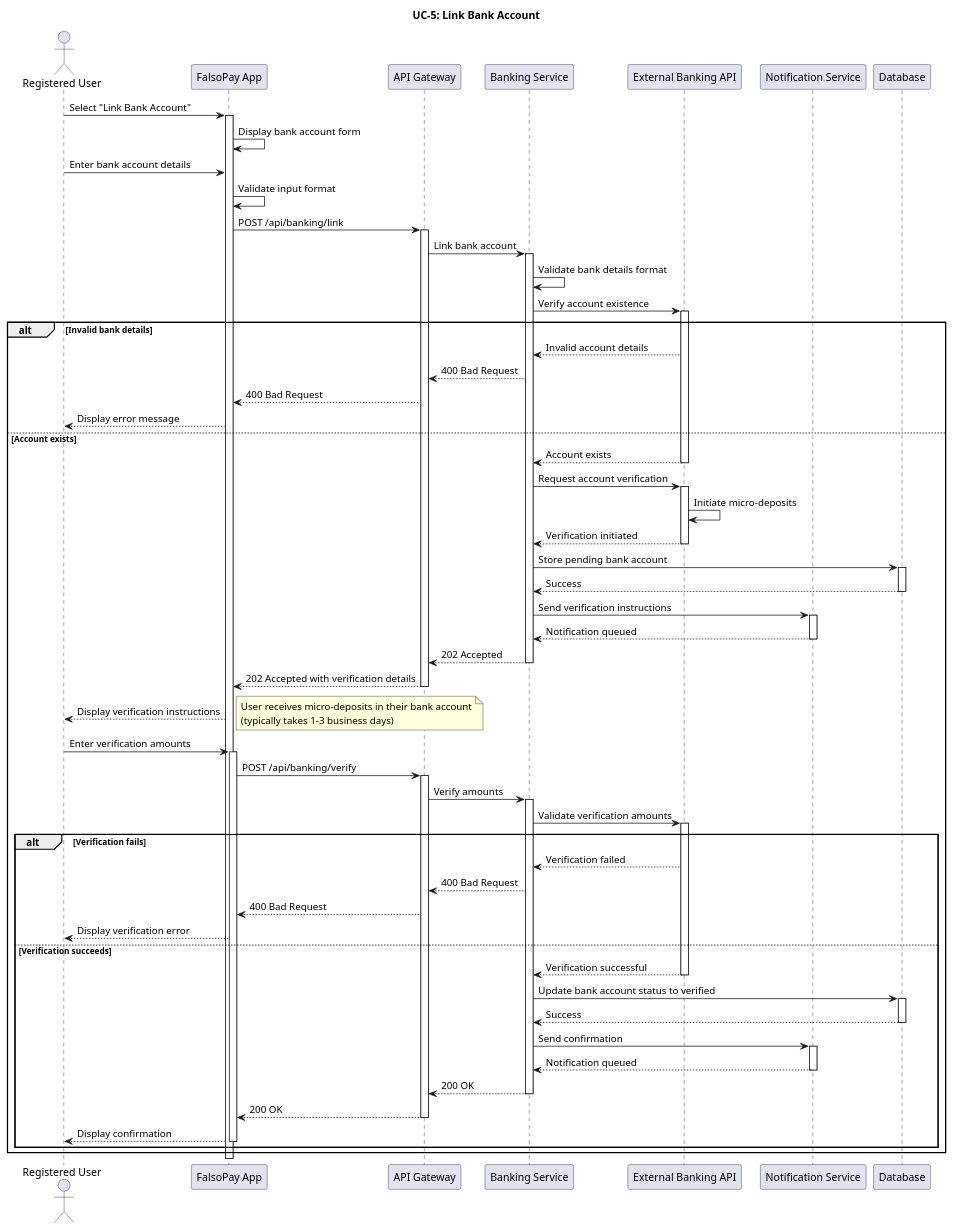
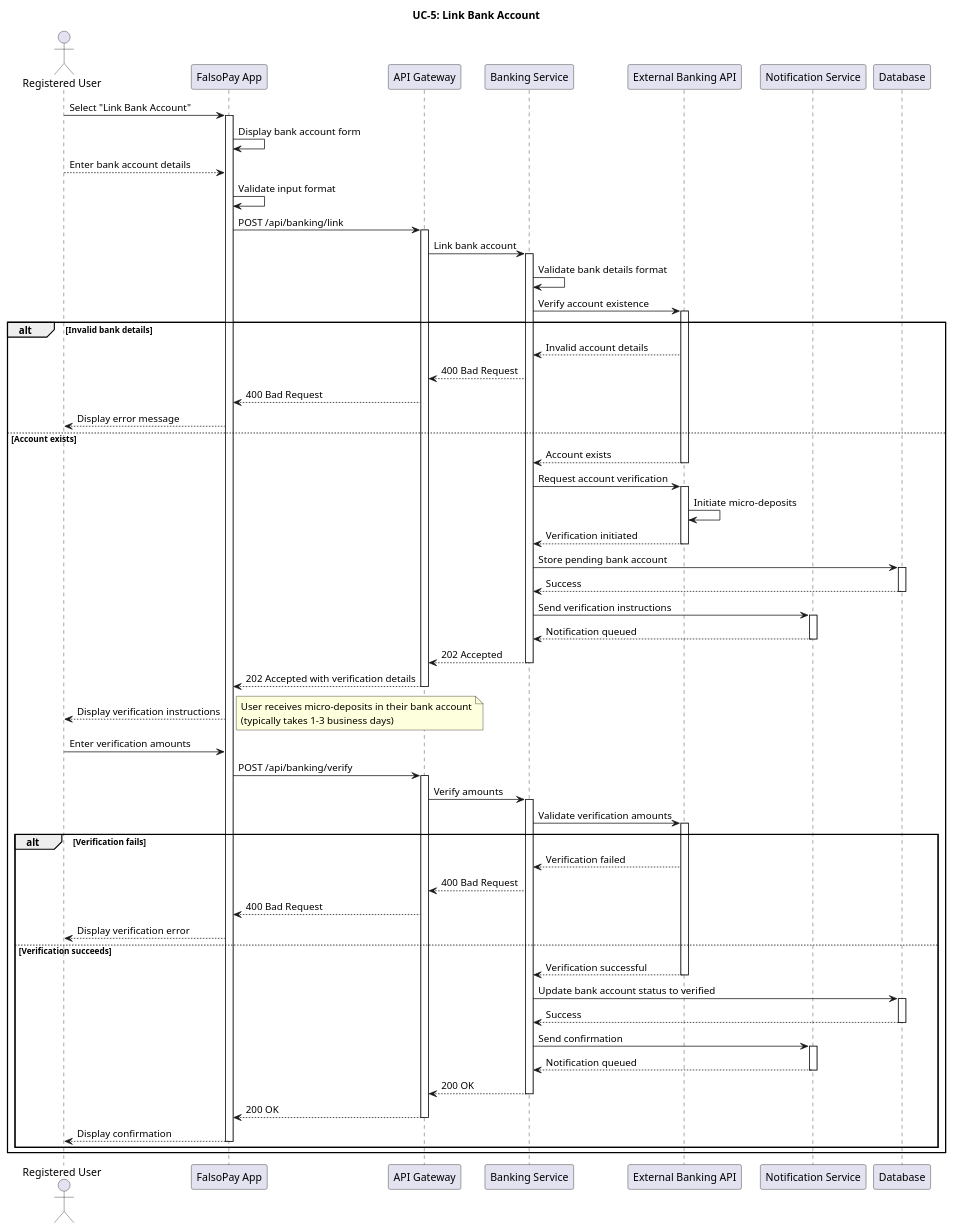
One commit to Adhamzineldin/Falsopay changed the diagram in docs/design/sequence-diagrams/UC5-LinkBankAccount.puml. Above: the diagram before and after it, drawn with PlantUML. The commit also changed 8 other files, not shown here.

```diff
--- a/docs/design/sequence-diagrams/UC5-LinkBankAccount.puml
+++ b/docs/design/sequence-diagrams/UC5-LinkBankAccount.puml
@@ -1,110 +1,110 @@
 @startuml UC5-LinkBankAccount
 
 actor "Registered User" as User
 participant "FalsoPay App" as App
 participant "API Gateway" as Gateway
 participant "Banking Service" as BankService
 participant "External Banking API" as ExtBank
 participant "Notification Service" as NotifService
 participant "Database" as DB
 
 title UC-5: Link Bank Account
 
 User -> App: Select "Link Bank Account"
 activate App
 
 App -> App: Display bank account form
-User -> App: Enter bank account details
+User --> App: Enter bank account details
 App -> App: Validate input format
 
 App -> Gateway: POST /api/banking/link
 activate Gateway
 
 Gateway -> BankService: Link bank account
 activate BankService
 
 BankService -> BankService: Validate bank details format
 BankService -> ExtBank: Verify account existence
 activate ExtBank
 
 alt Invalid bank details
     ExtBank --> BankService: Invalid account details
     BankService --> Gateway: 400 Bad Request
     Gateway --> App: 400 Bad Request
     App --> User: Display error message
 else Account exists
     ExtBank --> BankService: Account exists
     deactivate ExtBank
     
     BankService -> ExtBank: Request account verification
     activate ExtBank
     ExtBank -> ExtBank: Initiate micro-deposits
     ExtBank --> BankService: Verification initiated
     deactivate ExtBank
     
     BankService -> DB: Store pending bank account
     activate DB
     DB --> BankService: Success
     deactivate DB
     
     BankService -> NotifService: Send verification instructions
     activate NotifService
     NotifService --> BankService: Notification queued
     deactivate NotifService
     
     BankService --> Gateway: 202 Accepted
     deactivate BankService
     
     Gateway --> App: 202 Accepted with verification details
     deactivate Gateway
     
     App --> User: Display verification instructions
     
     note right
         User receives micro-deposits in their bank account
         (typically takes 1-3 business days)
     end note
     
     User -> App: Enter verification amounts
-    activate App
+    
     
     App -> Gateway: POST /api/banking/verify
     activate Gateway
     
     Gateway -> BankService: Verify amounts
     activate BankService
     
     BankService -> ExtBank: Validate verification amounts
     activate ExtBank
     
     alt Verification fails
         ExtBank --> BankService: Verification failed
         BankService --> Gateway: 400 Bad Request
         Gateway --> App: 400 Bad Request
         App --> User: Display verification error
     else Verification succeeds
         ExtBank --> BankService: Verification successful
         deactivate ExtBank
         
         BankService -> DB: Update bank account status to verified
         activate DB
         DB --> BankService: Success
         deactivate DB
         
         BankService -> NotifService: Send confirmation
         activate NotifService
         NotifService --> BankService: Notification queued
         deactivate NotifService
         
         BankService --> Gateway: 200 OK
         deactivate BankService
         
         Gateway --> App: 200 OK
         deactivate Gateway
         
         App --> User: Display confirmation
         deactivate App
     end
 end
 
 @enduml 
```
